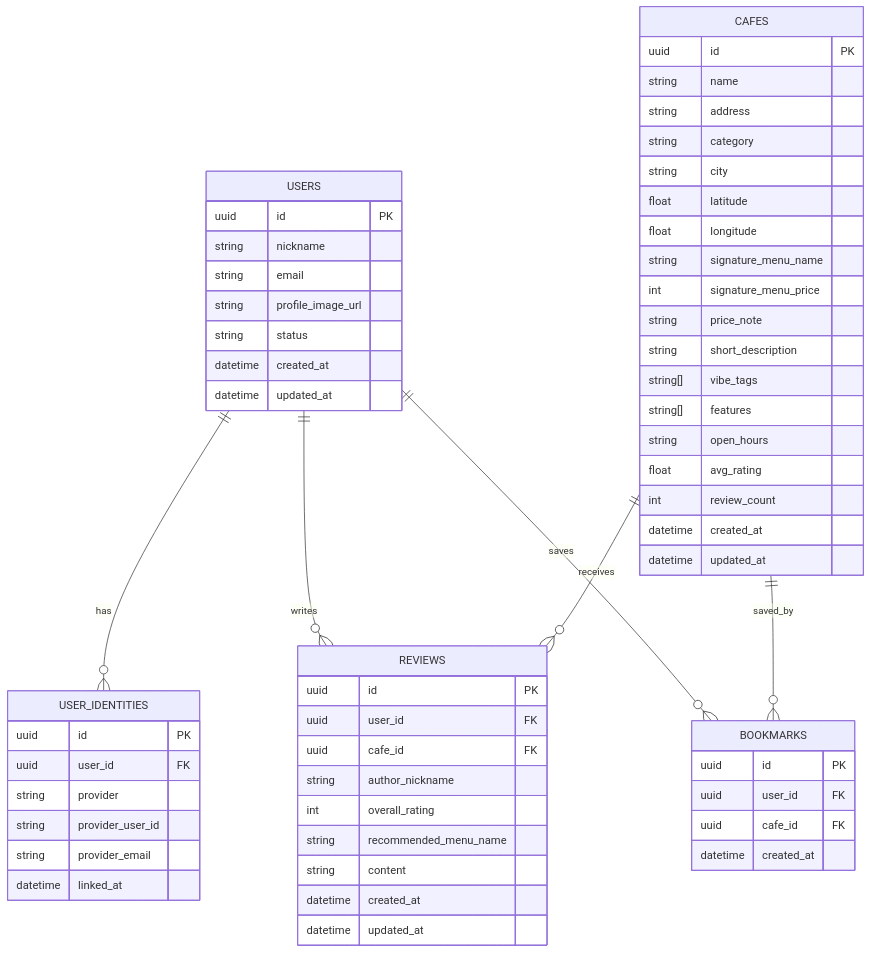
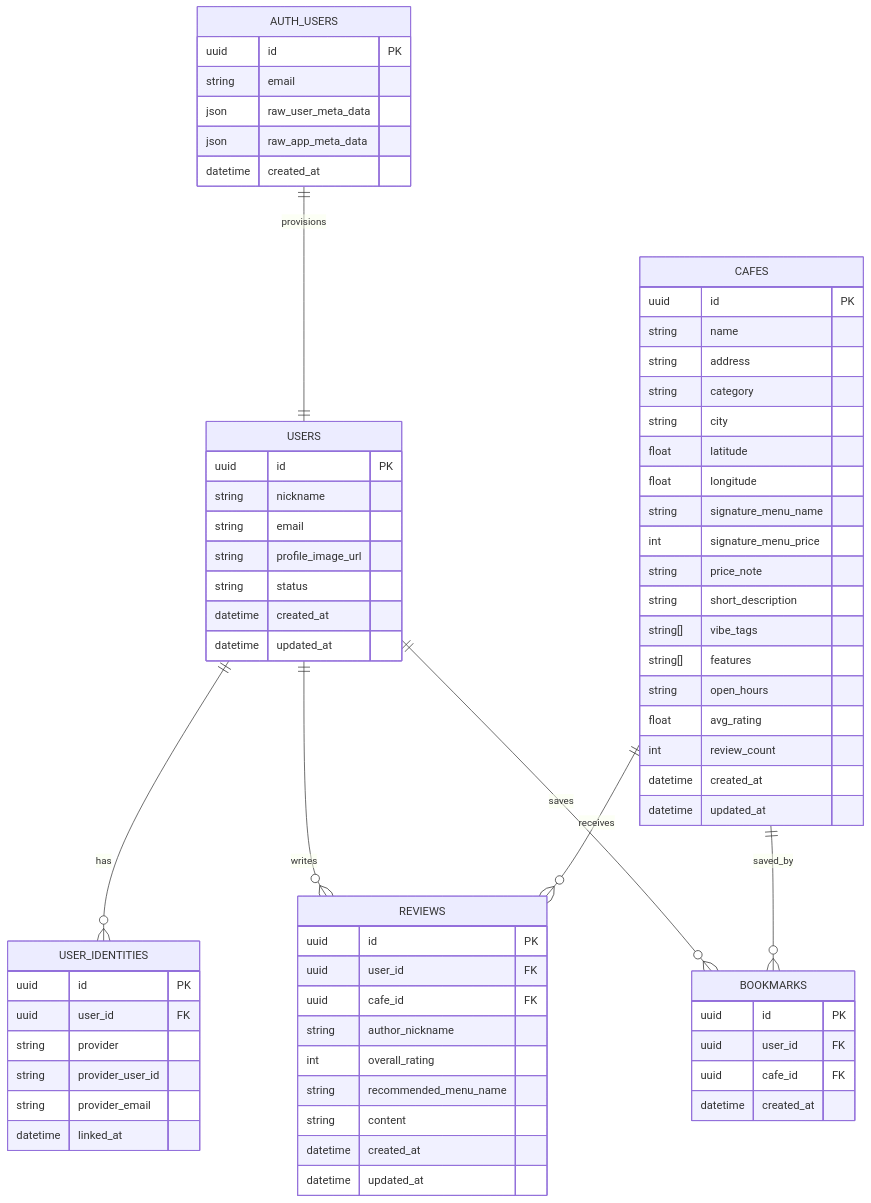
Before and after one commit to Hwang-John/brewspot: the diagram in ERD.md, drawn with Mermaid. The commit also changed other lines of this file and 2 other files, not shown here.

Commit message:
Clarify auth flow in ERD docs

````diff
--- a/ERD.md
+++ b/ERD.md
@@ -21,68 +23,77 @@
 ```mermaid
 erDiagram
+  AUTH_USERS ||--|| USERS : provisions
   USERS ||--o{ USER_IDENTITIES : has
   USERS ||--o{ REVIEWS : writes
   USERS ||--o{ BOOKMARKS : saves
 
   CAFES ||--o{ REVIEWS : receives
   CAFES ||--o{ BOOKMARKS : saved_by
+
+  AUTH_USERS {
+    uuid id PK
+    string email
+    json raw_user_meta_data
+    json raw_app_meta_data
+    datetime created_at
+  }
 
   USERS {
     uuid id PK
     string nickname
     string email
     string profile_image_url
     string status
     datetime created_at
     datetime updated_at
   }
 
   USER_IDENTITIES {
     uuid id PK
     uuid user_id FK
     string provider
     string provider_user_id
     string provider_email
     datetime linked_at
   }
 
   CAFES {
     uuid id PK
     string name
     string address
     string category
     string city
     float latitude
     float longitude
     string signature_menu_name
     int signature_menu_price
     string price_note
     string short_description
     string[] vibe_tags
     string[] features
     string open_hours
     float avg_rating
     int review_count
     datetime created_at
     datetime updated_at
   }
 
   REVIEWS {
     uuid id PK
     uuid user_id FK
     uuid cafe_id FK
     string author_nickname
     int overall_rating
     string recommended_menu_name
     string content
     datetime created_at
     datetime updated_at
   }
 
   BOOKMARKS {
     uuid id PK
     uuid user_id FK
     uuid cafe_id FK
     datetime created_at
   }
 ```
````
